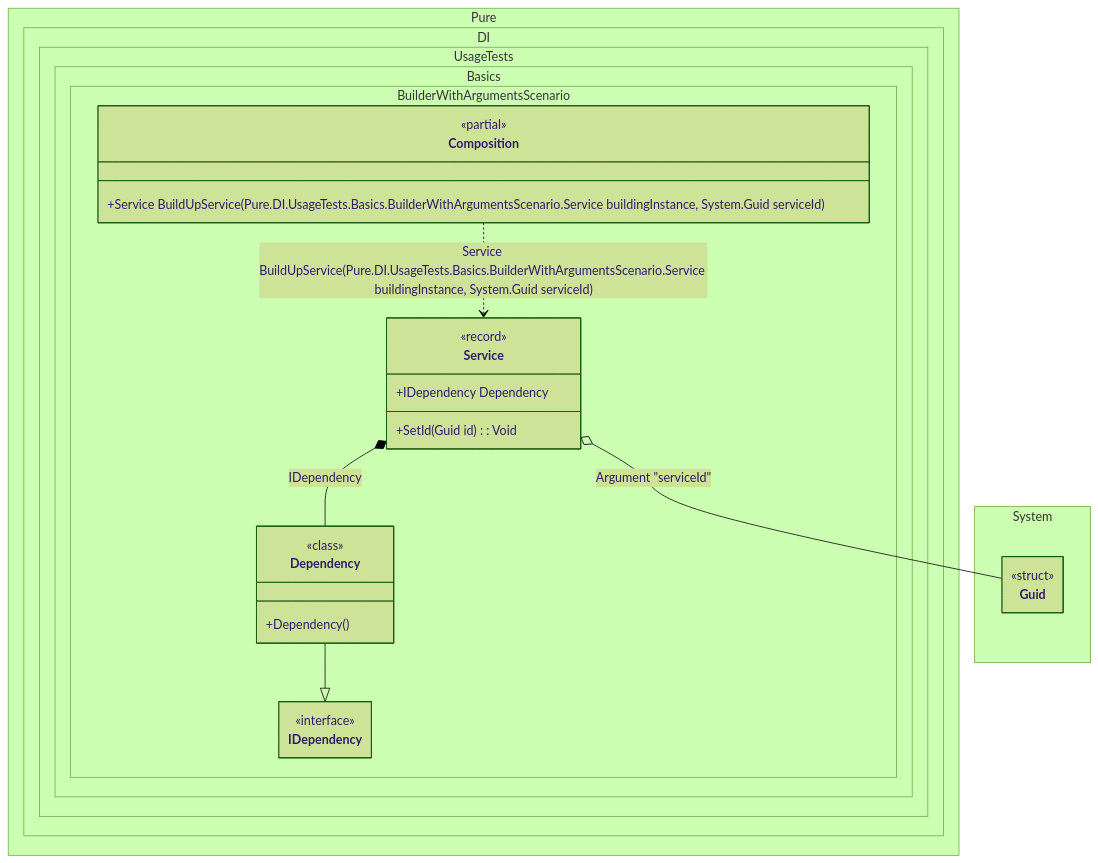
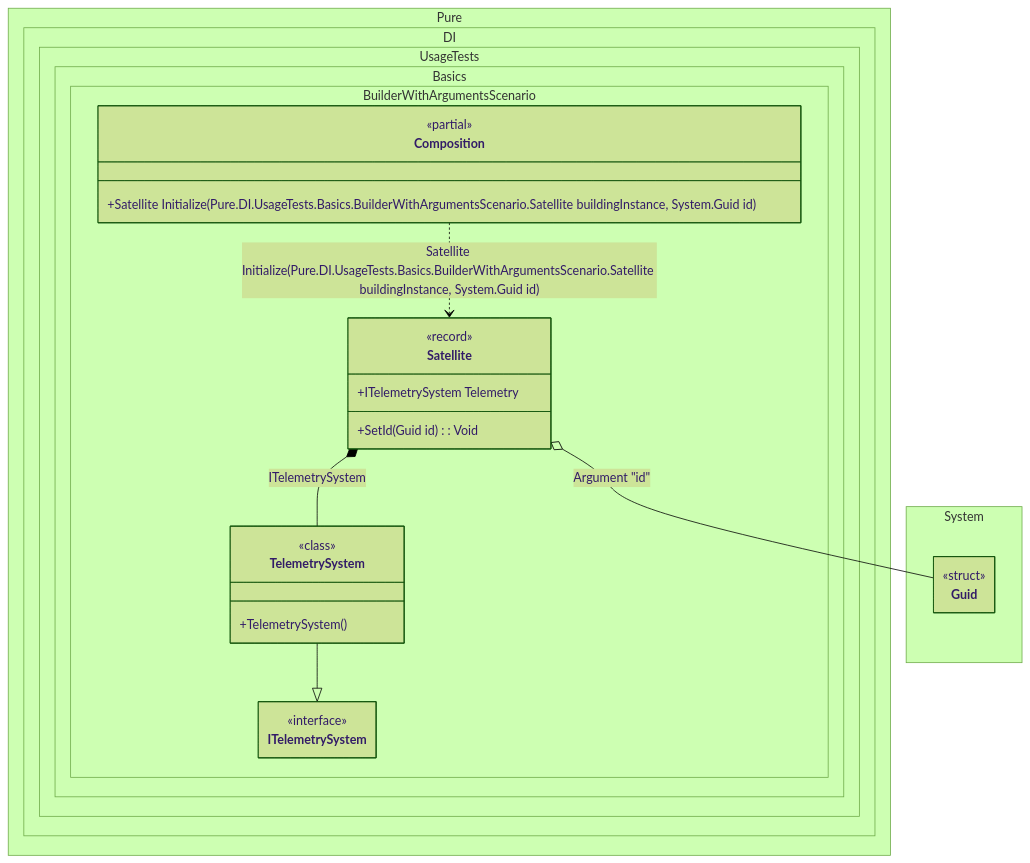
One commit to DevTeam/Pure.DI changed the diagram in readme/builder-with-arguments.md. Above: the diagram before and after it, drawn with Mermaid (forest theme). The commit also changed other lines of this file and 126 other files, not shown here.

````diff
--- a/readme/builder-with-arguments.md
+++ b/readme/builder-with-arguments.md
@@ -131,37 +131,37 @@
 ```mermaid
 ---
  config:
   maxTextSize: 2147483647
   maxEdges: 2147483647
   class:
    hideEmptyMembersBox: true
 ---
 classDiagram
-	Dependency --|> IDependency
-	Composition ..> Service : Service BuildUpService(Pure.DI.UsageTests.Basics.BuilderWithArgumentsScenario.Service buildingInstance, System.Guid serviceId)
-	Service o-- Guid : Argument "serviceId"
-	Service *--  Dependency : IDependency
+	TelemetrySystem --|> ITelemetrySystem
+	Composition ..> Satellite : Satellite Initialize(Pure.DI.UsageTests.Basics.BuilderWithArgumentsScenario.Satellite buildingInstance, System.Guid id)
+	Satellite o-- Guid : Argument "id"
+	Satellite *--  TelemetrySystem : ITelemetrySystem
 	namespace Pure.DI.UsageTests.Basics.BuilderWithArgumentsScenario {
 		class Composition {
 		<<partial>>
-		+Service BuildUpService(Pure.DI.UsageTests.Basics.BuilderWithArgumentsScenario.Service buildingInstance, System.Guid serviceId)
+		+Satellite Initialize(Pure.DI.UsageTests.Basics.BuilderWithArgumentsScenario.Satellite buildingInstance, System.Guid id)
 		}
-		class Dependency {
-				<<class>>
-			+Dependency()
-		}
-		class IDependency {
+		class ITelemetrySystem {
 			<<interface>>
 		}
-		class Service {
+		class Satellite {
 				<<record>>
-			+IDependency Dependency
+			+ITelemetrySystem Telemetry
 			+SetId(Guid id) : Void
+		}
+		class TelemetrySystem {
+				<<class>>
+			+TelemetrySystem()
 		}
 	}
 	namespace System {
 		class Guid {
 				<<struct>>
 		}
 	}
 ```
````
